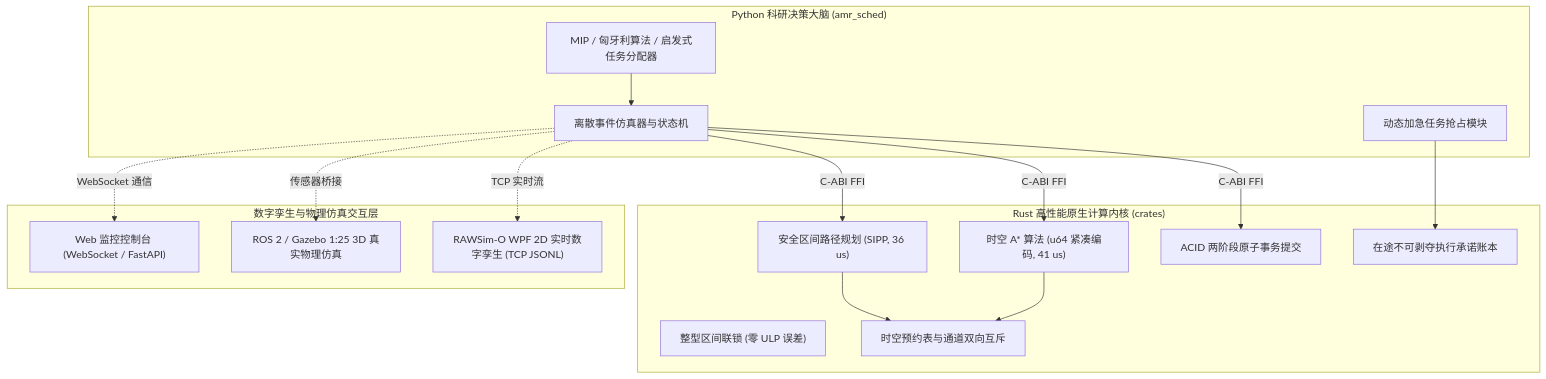
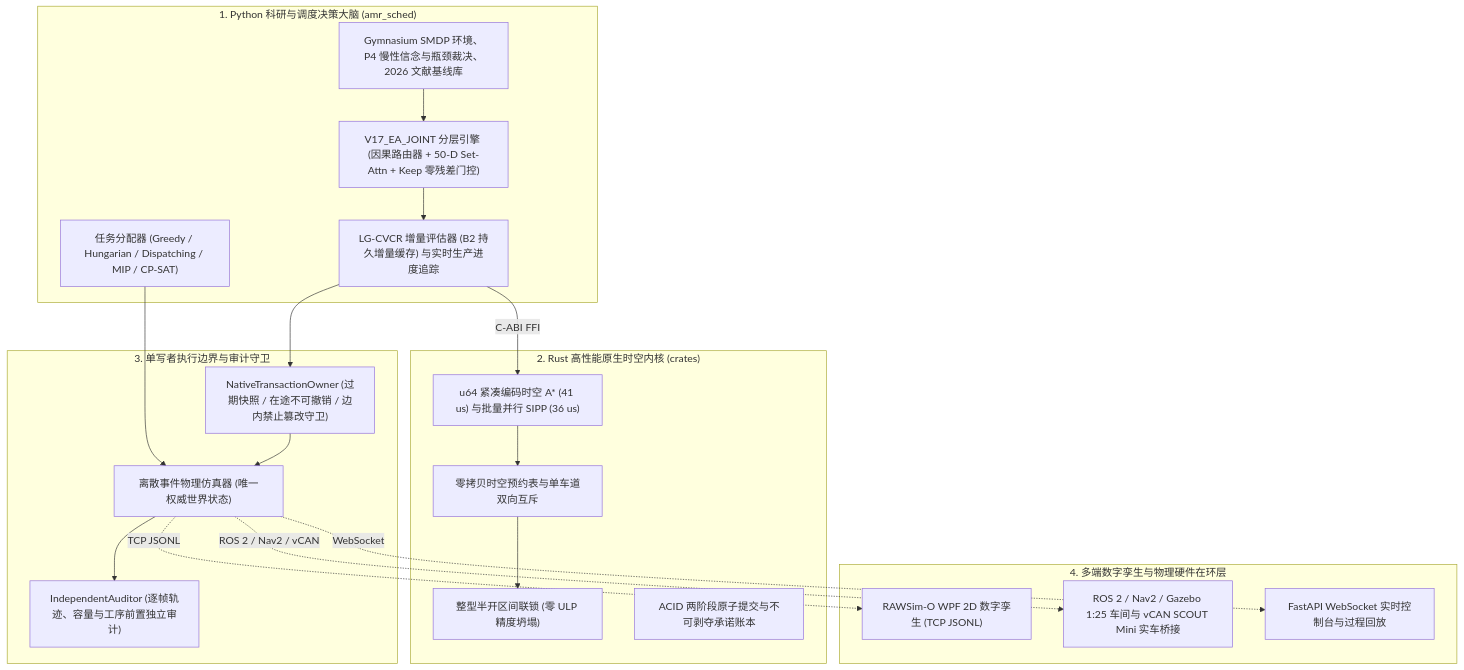
Before and after one commit to AmaneSuzuha000/AMR-Scheduler: the diagram in README_zh.md, drawn with Mermaid. The commit also changed other lines of this file and 12 other files, not shown here.

Commit message:
docs,chore(release): prepare v0.3.0 documentation, architecture spec, and repo hygiene

````diff
--- a/README_zh.md
+++ b/README_zh.md
@@ -27,34 +28,41 @@
 ```mermaid
 flowchart TD
-    subgraph Decision_Brain["Python 科研决策大脑 (amr_sched)"]
-        Alloc["MIP / 匈牙利算法 / 启发式任务分配器"]
-        SimEngine["离散事件仿真器与状态机"]
-        RescheduleModule["动态加急任务抢占模块"]
+    subgraph Brain["1. Python 科研与调度决策大脑 (amr_sched)"]
+        V17["V17_EA_JOINT 分层引擎 (因果路由器 + 50-D Set-Attn + Keep 零残差门控)"]
+        CVCR["LG-CVCR 增量评估器 (B2 持久增量缓存) 与实时生产进度追踪"]
+        RL["Gymnasium SMDP 环境、P4 慢性信念与瓶颈裁决、2026 文献基线库"]
+        Alloc["任务分配器 (Greedy / Hungarian / Dispatching / MIP / CP-SAT)"]
     end
 
-    subgraph Native_Kernel["Rust 高性能原生计算内核 (crates)"]
-        IntervalCore["整型区间联锁 (零 ULP 误差)"]
-        ResTable["时空预约表与通道双向互斥"]
-        TxEngine["ACID 两阶段原子事务提交"]
-        CommitLedger["在途不可剥夺执行承诺账本"]
-        SpacetimeAStar["时空 A* 算法 (u64 紧凑编码, 41 us)"]
-        SIPP["安全区间路径规划 (SIPP, 36 us)"]
+    subgraph Kernel["2. Rust 高性能原生时空内核 (crates)"]
+        IntervalCore["整型半开区间联锁 (零 ULP 精度坍塌)"]
+        ResTable["零拷贝时空预约表与单车道双向互斥"]
+        TxEngine["ACID 两阶段原子提交与不可剥夺承诺账本"]
+        Planners["u64 紧凑编码时空 A* (41 us) 与批量并行 SIPP (36 us)"]
     end
 
-    subgraph Presentation_Twin["数字孪生与物理仿真交互层"]
-        CSharp["RAWSim-O WPF 2D 实时数字孪生 (TCP JSONL)"]
-        Gazebo["ROS 2 / Gazebo 1:25 3D 真实物理仿真"]
-        WebConsole["Web 监控控制台 (WebSocket / FastAPI)"]
+    subgraph Execution["3. 单写者执行边界与审计守卫"]
+        Sim["离散事件物理仿真器 (唯一权威世界状态)"]
+        TxOwner["NativeTransactionOwner (过期快照 / 在途不可撤销 / 边内禁止篡改守卫)"]
+        Auditor["IndependentAuditor (逐帧轨迹、容量与工序前置独立审计)"]
     end
 
-    Alloc --> SimEngine
-    RescheduleModule --> CommitLedger
-    SimEngine -->|C-ABI FFI| TxEngine
-    SimEngine -->|C-ABI FFI| SpacetimeAStar
-    SimEngine -->|C-ABI FFI| SIPP
-    SpacetimeAStar --> ResTable
-    SIPP --> ResTable
-    SimEngine -.->|TCP 实时流| CSharp
-    SimEngine -.->|传感器桥接| Gazebo
-    SimEngine -.->|WebSocket 通信| WebConsole
+    subgraph Twin["4. 多端数字孪生与物理硬件在环层"]
+        CSharp["RAWSim-O WPF 2D 数字孪生 (TCP JSONL)"]
+        ROS2["ROS 2 / Nav2 / Gazebo 1:25 车间与 vCAN SCOUT Mini 实车桥接"]
+        WebConsole["FastAPI WebSocket 实时控制台与过程回放"]
+    end
+
+    V17 --> CVCR
+    RL --> V17
+    Alloc --> Sim
+    CVCR -->|C-ABI FFI| Planners
+    Planners --> ResTable
+    ResTable --> IntervalCore
+    CVCR --> TxOwner
+    TxOwner --> Sim
+    Sim --> Auditor
+    Sim -.->|TCP JSONL| CSharp
+    Sim -.->|ROS 2 / Nav2 / vCAN| ROS2
+    Sim -.->|WebSocket| WebConsole
 ```
````
